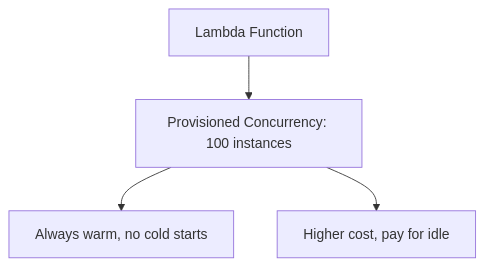
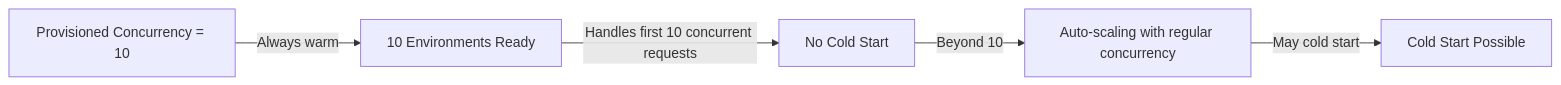
Before and after one commit to vanos001/placement_prep: the seventh of 13 diagrams in src/cloud/aws/lambda.md, drawn with Mermaid. The commit also changed other lines of this file and 18 other files, not shown here.

````diff
--- a/src/cloud/aws/lambda.md
+++ b/src/cloud/aws/lambda.md
@@ -161,6 +186,7 @@
 ```mermaid
-graph TD
-    LAMBDA[Lambda Function] --> PROVISIONED[Provisioned Concurrency: 100 instances]
-    PROVISIONED --> WARM[Always warm, no cold starts]
-    PROVISIONED --> COST[Higher cost, pay for idle]
+graph LR
+    PC[Provisioned Concurrency = 10] --> |Always warm| ENV10[10 Environments Ready]
+    ENV10 --> |Handles first 10 concurrent requests| FAST[No Cold Start]
+    FAST --> |Beyond 10| SCALING[Auto-scaling with regular concurrency]
+    SCALING --> |May cold start| CS[Cold Start Possible]
 ```
````
